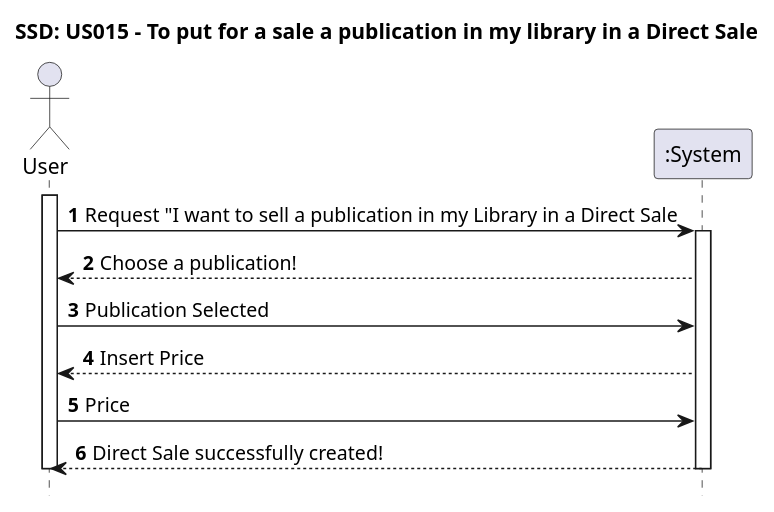
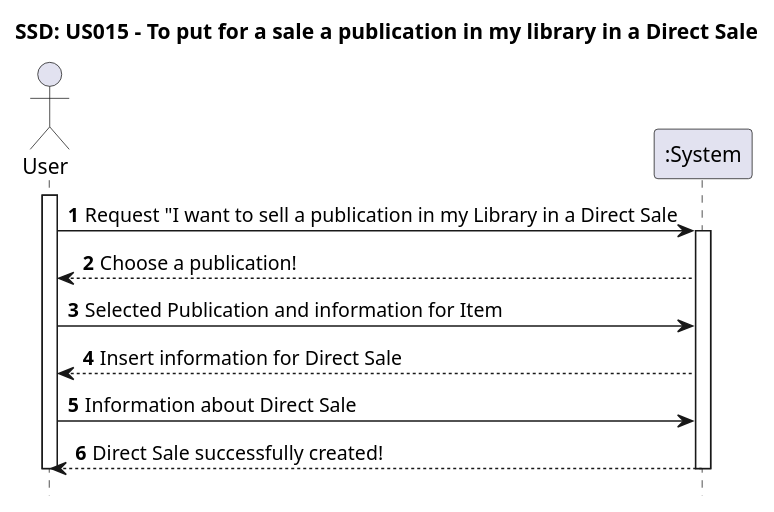
The diagram in Diagrams/SequenceDiagrams/N1/US015-to-put-for-a-sale-a-publication-in-my-library-in-a-direct-sale.puml (AndrePereiraGitH/SWitCH-Project-Team_A), drawn with PlantUML before and after one commit. The commit also changed 1 other file, not shown here.

```diff
--- a/Diagrams/SequenceDiagrams/N1/US015-to-put-for-a-sale-a-publication-in-my-library-in-a-direct-sale.puml
+++ b/Diagrams/SequenceDiagrams/N1/US015-to-put-for-a-sale-a-publication-in-my-library-in-a-direct-sale.puml
@@ -1,22 +1,22 @@
 @startuml
 
 autonumber
 hide footbox
 title SSD: US015 - To put for a sale a publication in my library in a Direct Sale
 
 actor "User" as User
 participant ":System" as System
 
 activate User
 
    User -> System : Request "I want to sell a publication in my Library in a Direct Sale
    activate System
    System --> User : Choose a publication!
-   User -> System : Publication Selected
-   System --> User : Insert Price
-   User -> System : Price
+   User -> System : Selected Publication and information for Item
+   System --> User : Insert information for Direct Sale
+   User -> System : Information about Direct Sale
    System --> User : Direct Sale successfully created!
    deactivate System
 
 deactivate User
 @enduml
```
